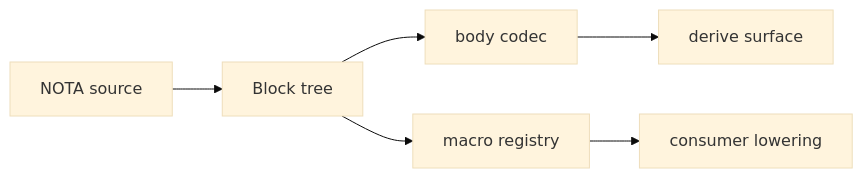
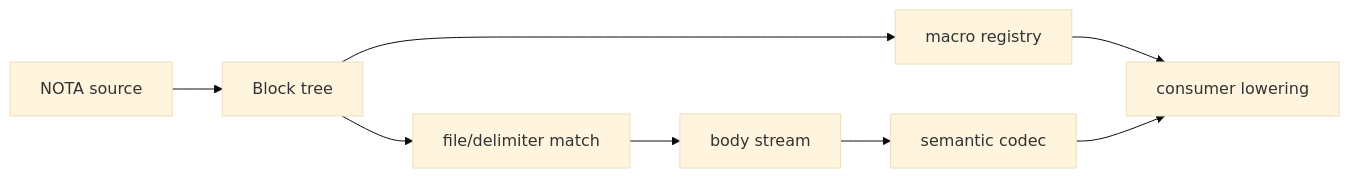
The diagram in reports/operator/265-programmable-nota-structural-macro-vision-2026-05-31/1-nota-layer-programmable-syntax.md (LiGoldragon/primary), drawn with Mermaid (base theme) before and after one commit. The commit also changed other lines of this file and 1 other file, not shown here.

Commit message:
operator: update nota body vision reports

````diff
--- a/reports/operator/265-programmable-nota-structural-macro-vision-2026-05-31/1-nota-layer-programmable-syntax.md
+++ b/reports/operator/265-programmable-nota-structural-macro-vision-2026-05-31/1-nota-layer-programmable-syntax.md
@@ -9,15 +9,18 @@
 ```mermaid
 flowchart LR
     text["NOTA source"]
     blocks["Block tree"]
-    codec["body codec"]
-    derive["derive surface"]
+    match["file/delimiter match"]
+    body["body stream"]
+    codec["semantic codec"]
     macros["macro registry"]
     consumer["consumer lowering"]
 
     text --> blocks
-    blocks --> codec
+    blocks --> match
+    match --> body
+    body --> codec
     blocks --> macros
-    codec --> derive
     macros --> consumer
+    codec --> consumer
 ```
````
